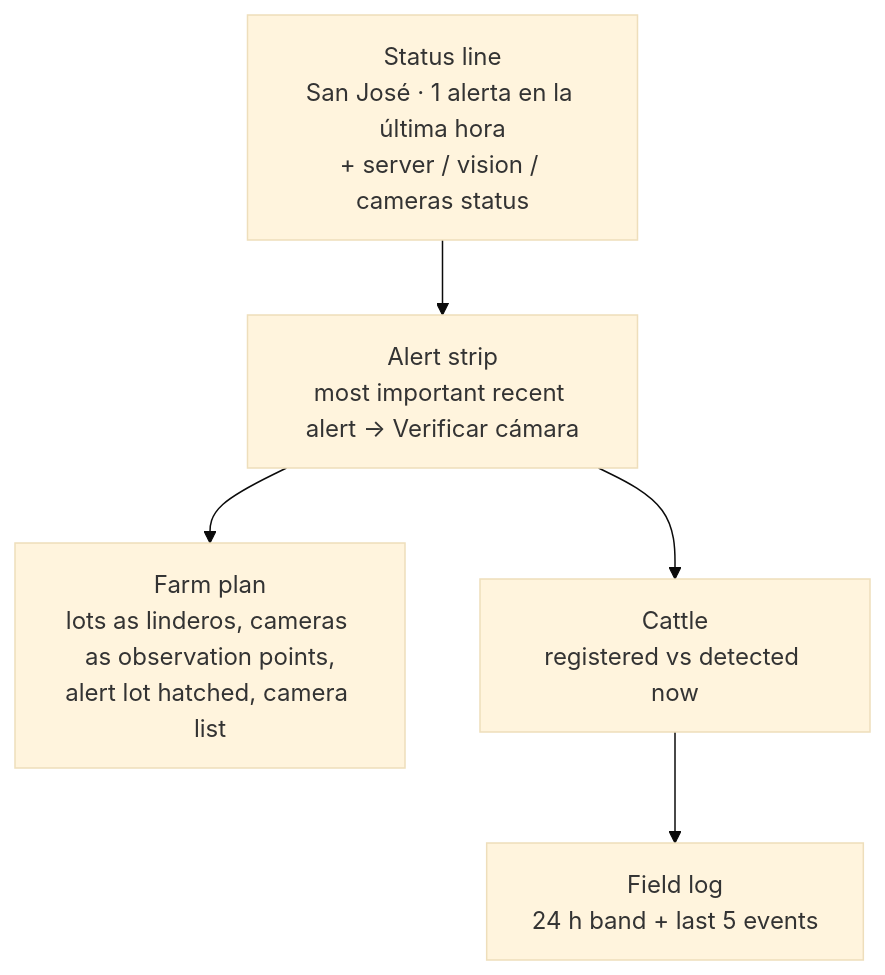
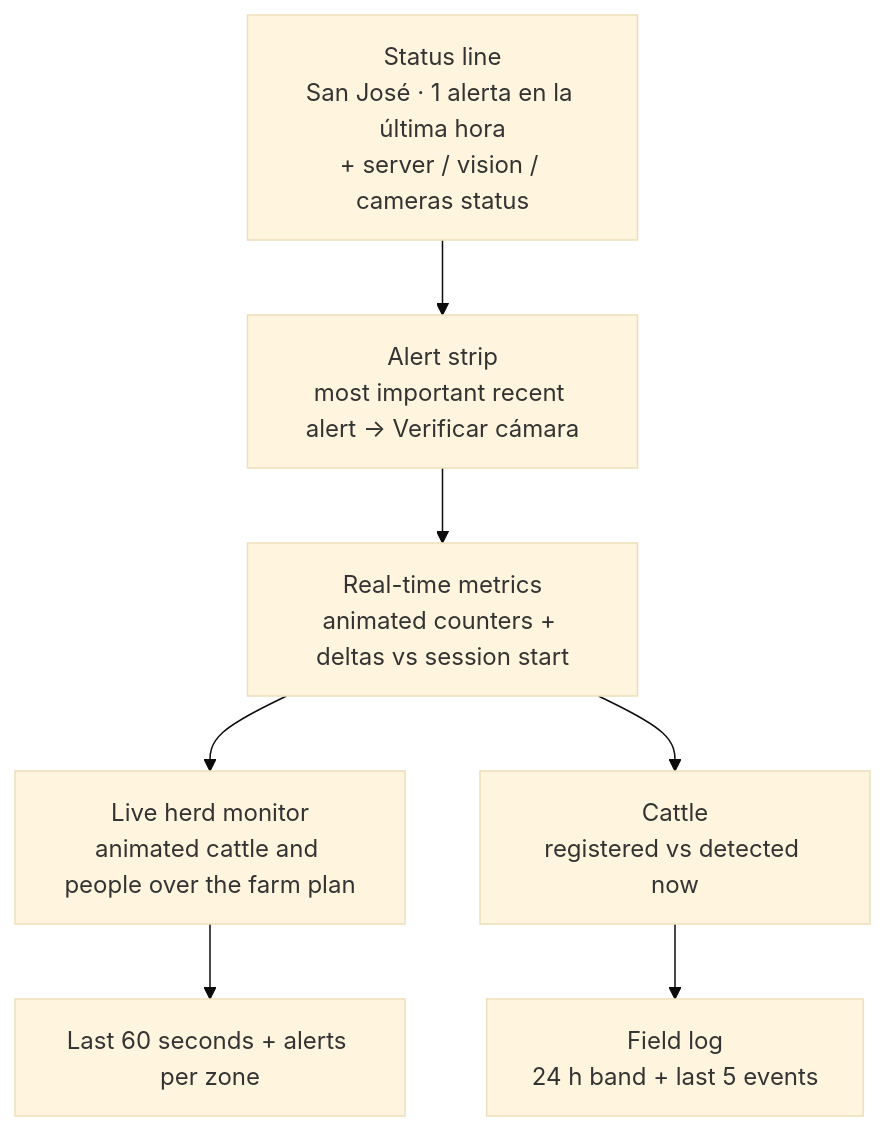
The sixth of 8 diagrams in README.md (GUERRREROALEXANDER/fronted-SmartCattle), drawn with Mermaid (base theme) before and after one commit.

Commit message:
docs(readme): update the dashboard layout diagram with metrics, monitor and charts

````diff
--- a/README.md
+++ b/README.md
@@ -367,10 +367,12 @@
 ```mermaid
 flowchart TB
     header["Status line<br/>San José · 1 alerta en la última hora<br/>+ server / vision / cameras status"]
     alert["Alert strip<br/>most important recent alert → Verificar cámara"]
-    plan["Farm plan<br/>lots as linderos, cameras as observation points,<br/>alert lot hatched, camera list"]
+    metrics["Real-time metrics<br/>animated counters + deltas vs session start"]
+    plan["Live herd monitor<br/>animated cattle and people over the farm plan"]
+    charts["Last 60 seconds + alerts per zone"]
     herd["Cattle<br/>registered vs detected now"]
     log["Field log<br/>24 h band + last 5 events"]
-    header --> alert --> plan
-    alert --> herd --> log
+    header --> alert --> metrics --> plan --> charts
+    metrics --> herd --> log
 ```
````
